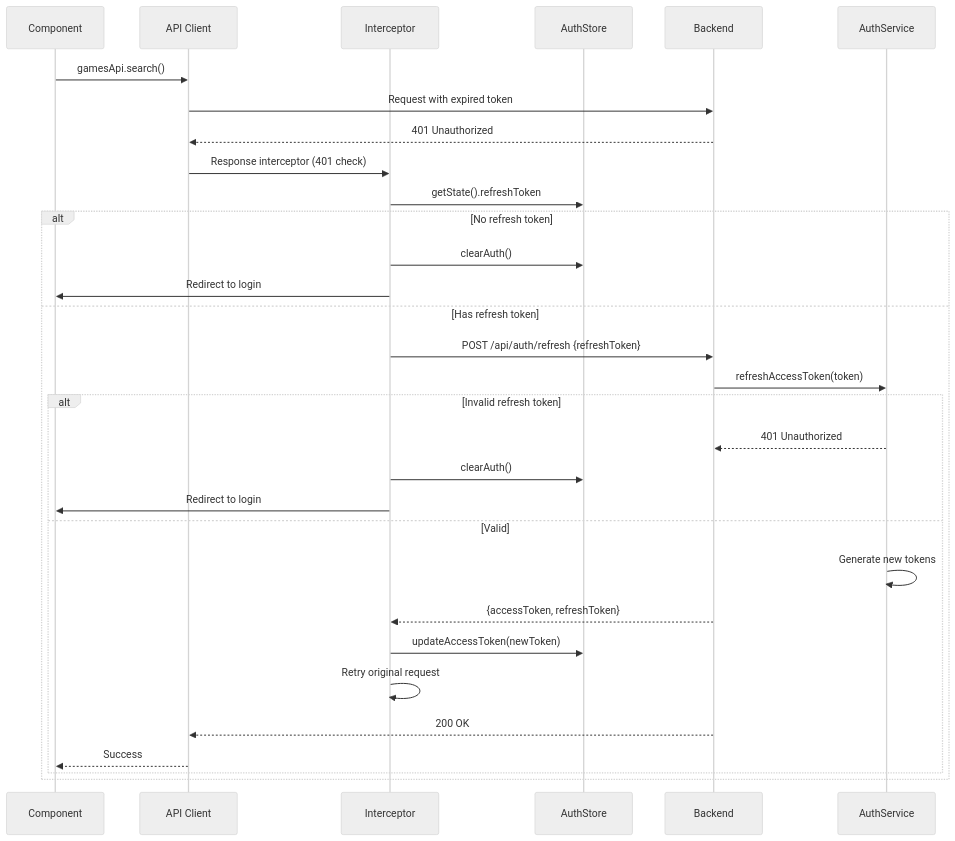
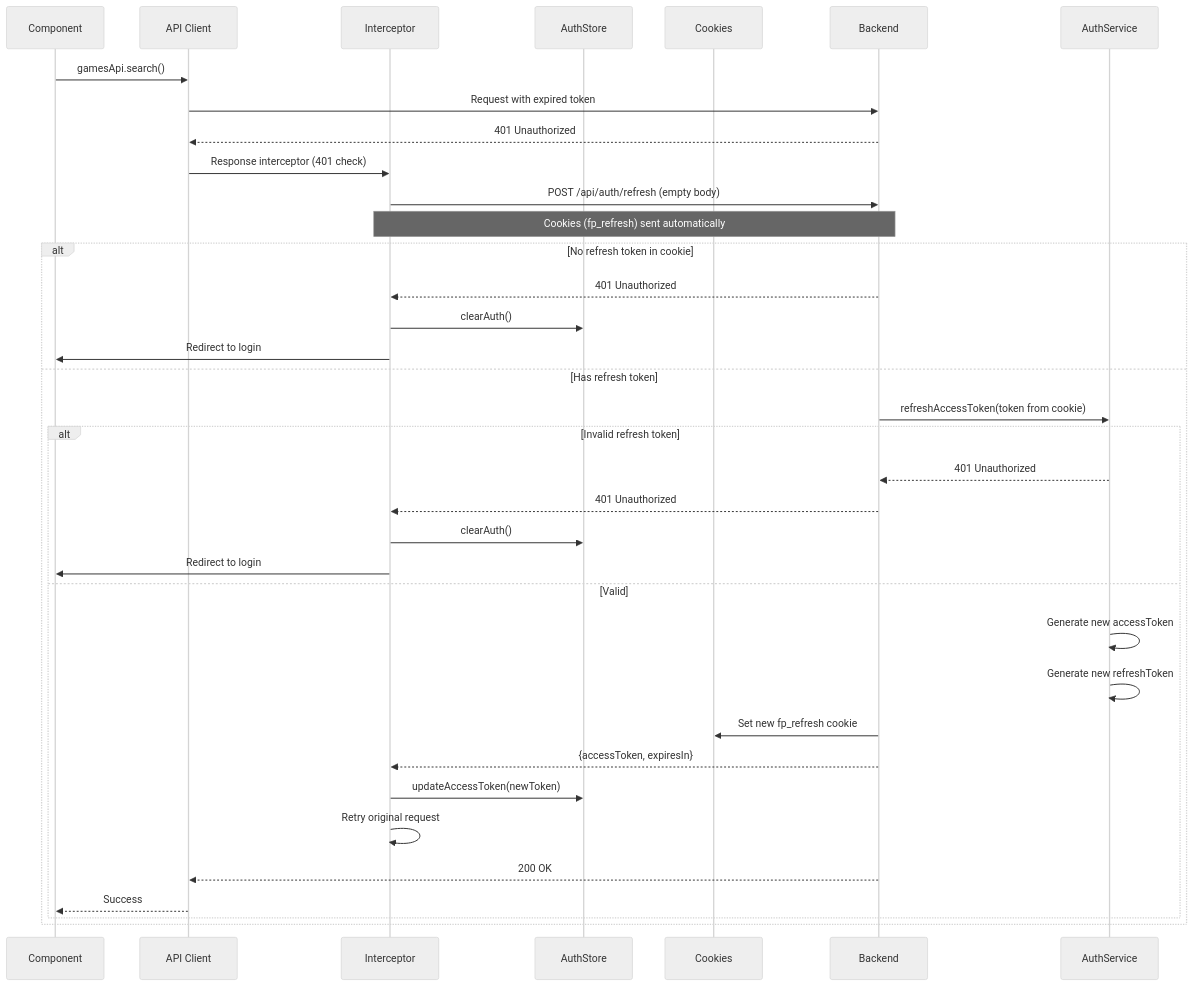
Before and after one commit to darkraise/flashpoint-web: the fifth of 7 diagrams in docs/02-architecture/authentication-flow.md, drawn with Mermaid (neutral theme). The commit also changed other lines of this file and 252 other files, not shown here.

````diff
--- a/docs/02-architecture/authentication-flow.md
+++ b/docs/02-architecture/authentication-flow.md
@@ -264,37 +270,43 @@
 ```mermaid
 sequenceDiagram
     participant Component
     participant API Client
     participant Interceptor
     participant AuthStore
+    participant Cookies
     participant Backend
     participant AuthService
 
     Component->>API Client: gamesApi.search()
     API Client->>Backend: Request with expired token
     Backend-->>API Client: 401 Unauthorized
 
     API Client->>Interceptor: Response interceptor (401 check)
-    Interceptor->>AuthStore: getState().refreshToken
 
-    alt No refresh token
+    Interceptor->>Backend: POST /api/auth/refresh (empty body)
+    Note over Interceptor,Backend: Cookies (fp_refresh) sent automatically
+
+    alt No refresh token in cookie
+        Backend-->>Interceptor: 401 Unauthorized
         Interceptor->>AuthStore: clearAuth()
         Interceptor->>Component: Redirect to login
     else Has refresh token
-        Interceptor->>Backend: POST /api/auth/refresh {refreshToken}
-        Backend->>AuthService: refreshAccessToken(token)
+        Backend->>AuthService: refreshAccessToken(token from cookie)
 
         alt Invalid refresh token
             AuthService-->>Backend: 401 Unauthorized
+            Backend-->>Interceptor: 401 Unauthorized
             Interceptor->>AuthStore: clearAuth()
             Interceptor->>Component: Redirect to login
         else Valid
-            AuthService->>AuthService: Generate new tokens
-            Backend-->>Interceptor: {accessToken, refreshToken}
+            AuthService->>AuthService: Generate new accessToken
+            AuthService->>AuthService: Generate new refreshToken
+            Backend->>Cookies: Set new fp_refresh cookie
+            Backend-->>Interceptor: {accessToken, expiresIn}
             Interceptor->>AuthStore: updateAccessToken(newToken)
             Interceptor->>Interceptor: Retry original request
             Backend-->>API Client: 200 OK
             API Client-->>Component: Success
         end
     end
 ```
````
